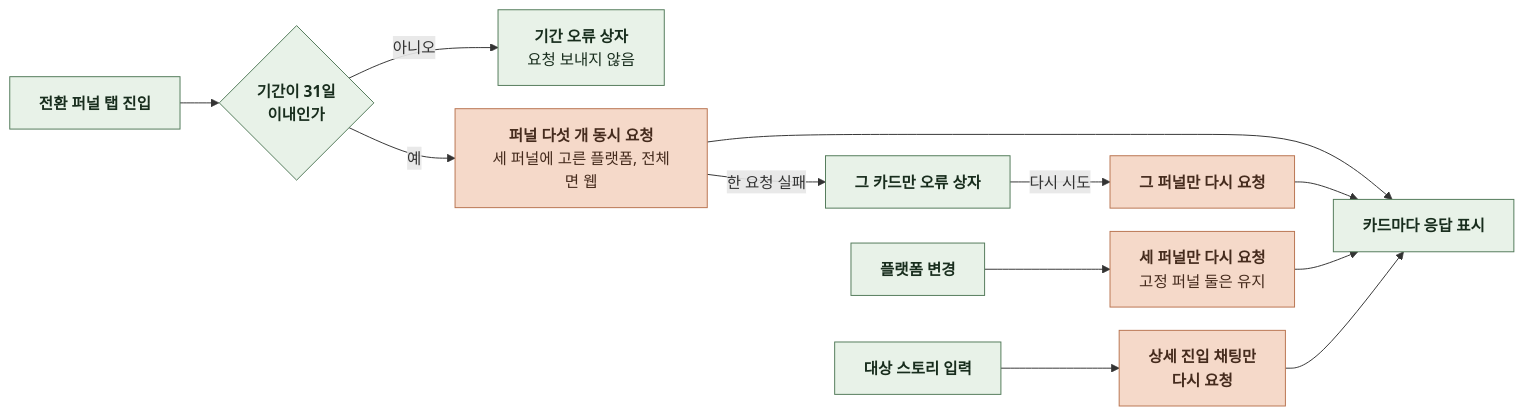
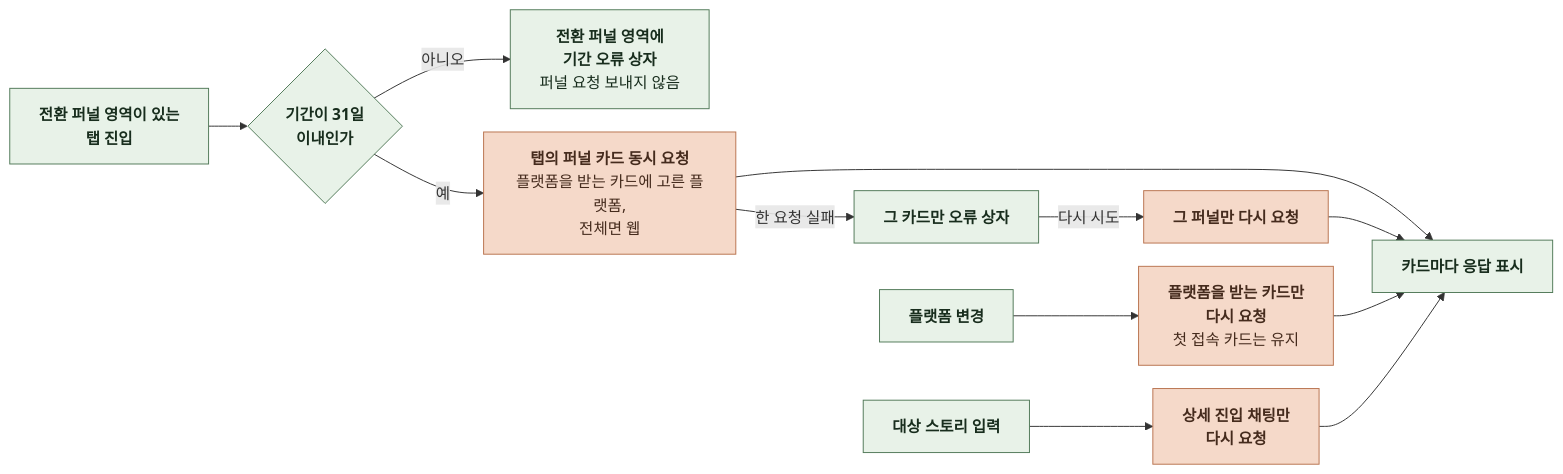
Before and after one commit to KIM-N-KANG/knk-harness: the fifth of 5 diagrams in docs/domain/ADMIN/WEB/3-4-INTERACTION-FLOWS.md, drawn with Mermaid. The commit also changed other lines of this file and 17 other files, not shown here.

````diff
--- a/docs/domain/ADMIN/WEB/3-4-INTERACTION-FLOWS.md
+++ b/docs/domain/ADMIN/WEB/3-4-INTERACTION-FLOWS.md
@@ -158,24 +161,28 @@
 ```mermaid
 %%{init: {"flowchart": {"curve": "basis", "nodeSpacing": 24, "rankSpacing": 40}}}%%
 flowchart LR
-    A["`**전환 퍼널 탭 진입**`"] --> B{"`**기간이 31일
+    A["`**전환 퍼널 영역이 있는
+탭 진입**`"] --> B{"`**기간이 31일
 이내인가**`"}
-    B -->|아니오| E["`**기간 오류 상자**
-요청 보내지 않음`"]
-    B -->|예| C["`**퍼널 다섯 개 동시 요청**
-세 퍼널에 고른 플랫폼, 전체면 웹`"]
+    B -->|아니오| E["`**전환 퍼널 영역에
+기간 오류 상자**
+퍼널 요청 보내지 않음`"]
+    B -->|예| C["`**탭의 퍼널 카드 동시 요청**
+플랫폼을 받는 카드에 고른 플랫폼,
+전체면 웹`"]
     C --> D["`**카드마다 응답 표시**`"]
     C -->|한 요청 실패| F["`**그 카드만 오류 상자**`"]
     F -->|다시 시도| G["`**그 퍼널만 다시 요청**`"]
     G --> D
-    H["`**플랫폼 변경**`"] --> I["`**세 퍼널만 다시 요청**
-고정 퍼널 둘은 유지`"]
+    H["`**플랫폼 변경**`"] --> I["`**플랫폼을 받는 카드만
+다시 요청**
+첫 접속 카드는 유지`"]
     I --> D
     J["`**대상 스토리 입력**`"] --> K["`**상세 진입 채팅만
 다시 요청**`"]
     K --> D
     classDef comp fill:#E8F2E8,stroke:#527A59,color:#182D1D
     classDef task fill:#F5D9C9,stroke:#B97450,color:#452B1D
     class A,B,D,E,F,H,J comp
     class C,G,I,K task
 ```
````
